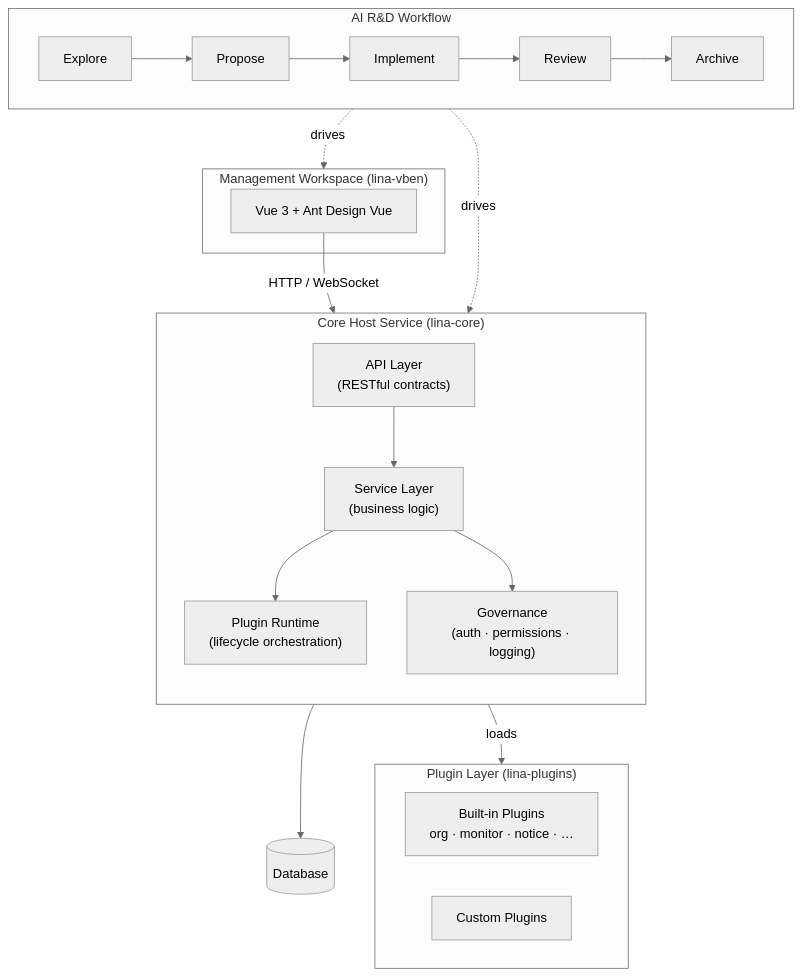
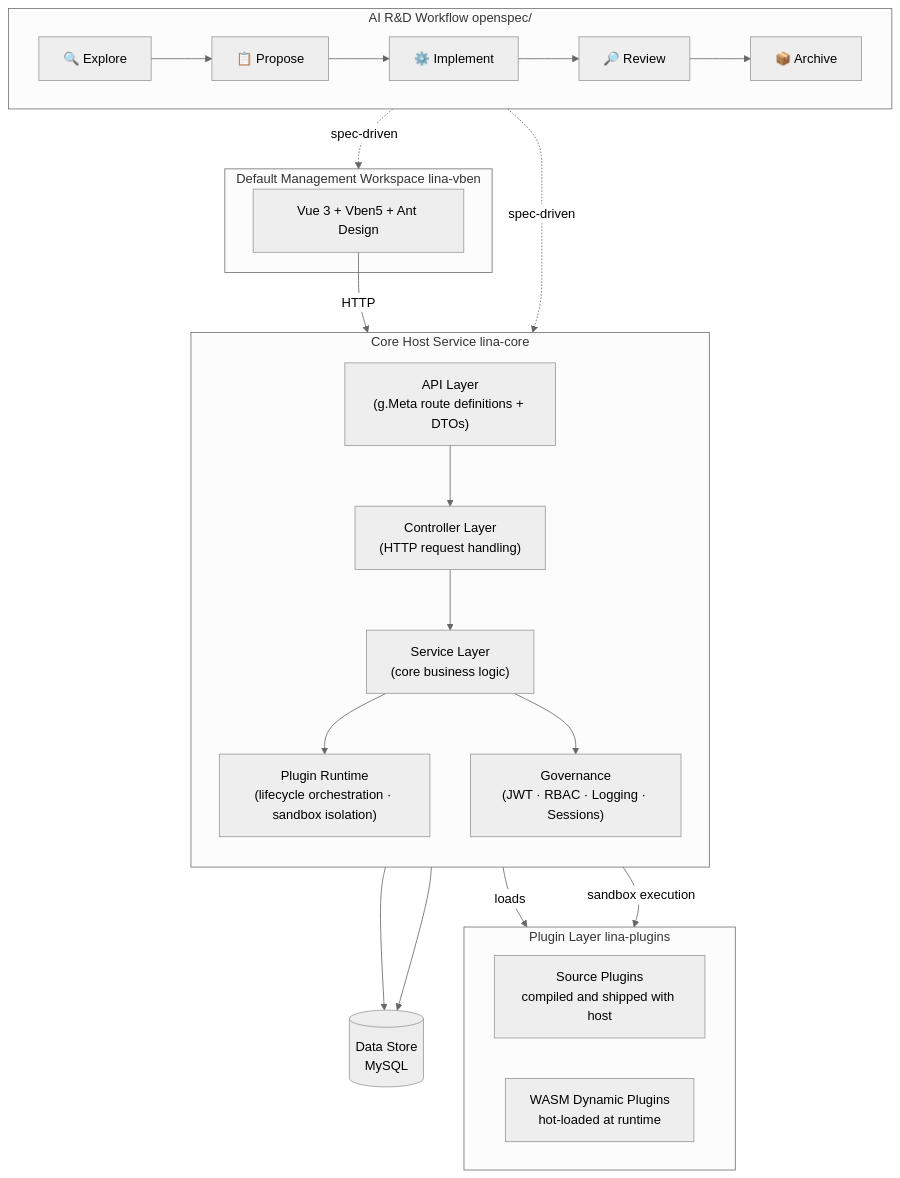
One commit to linaproai/linapro changed the diagram in README.md. Above: the diagram before and after it, drawn with Mermaid (neutral theme). The commit also changed other lines of this file and 1 other file, not shown here.

````diff
--- a/README.md
+++ b/README.md
@@ -104,36 +35,39 @@
 ```mermaid
 graph TB
-    subgraph Workflow["AI R&D Workflow"]
+    subgraph Workflow["AI R&D Workflow  openspec/"]
         direction LR
-        Explore["Explore"] --> Propose["Propose"] --> Implement["Implement"] --> Review["Review"] --> Archive["Archive"]
+        Explore["🔍 Explore"] --> Propose["📋 Propose"] --> Implement["⚙️ Implement"] --> Review["🔎 Review"] --> Archive["📦 Archive"]
     end
 
-    subgraph Frontend["Management Workspace  (lina-vben)"]
-        UI["Vue 3 + Ant Design Vue"]
+    subgraph Frontend["Default Management Workspace  lina-vben"]
+        UI["Vue 3 + Vben5 + Ant Design"]
     end
 
-    subgraph Host["Core Host Service  (lina-core)"]
+    subgraph Host["Core Host Service  lina-core"]
         direction TB
-        API["API Layer<br/>(RESTful contracts)"]
-        Svc["Service Layer<br/>(business logic)"]
-        Plugin["Plugin Runtime<br/>(lifecycle orchestration)"]
-        Gov["Governance<br/>(auth · permissions · logging)"]
-        API --> Svc
+        API["API Layer\n(g.Meta route definitions + DTOs)"]
+        Ctrl["Controller Layer\n(HTTP request handling)"]
+        Svc["Service Layer\n(core business logic)"]
+        Plugin["Plugin Runtime\n(lifecycle orchestration · sandbox isolation)"]
+        Gov["Governance\n(JWT · RBAC · Logging · Sessions)"]
+        API --> Ctrl --> Svc
         Svc --> Plugin
         Svc --> Gov
     end
 
-    subgraph Plugins["Plugin Layer  (lina-plugins)"]
+    subgraph Plugins["Plugin Layer  lina-plugins"]
         direction LR
-        Builtin["Built-in Plugins<br/>org · monitor · notice · …"]
-        Custom["Custom Plugins"]
+        Source["Source Plugins\ncompiled and shipped with host"]
+        Dynamic["WASM Dynamic Plugins\nhot-loaded at runtime"]
     end
 
-    DB[("Database")]
+    DB[("Data Store\nMySQL")]
 
-    Workflow -.->|drives| Frontend
-    Workflow -.->|drives| Host
-    UI -->|HTTP / WebSocket| API
-    Plugin -->|loads| Plugins
+    Workflow -.->|spec-driven| Frontend
+    Workflow -.->|spec-driven| Host
+    UI -->|HTTP| API
+    Plugin -->|loads| Source
+    Plugin -->|sandbox execution| Dynamic
     Svc --> DB
+    Gov --> DB
 ```
````
